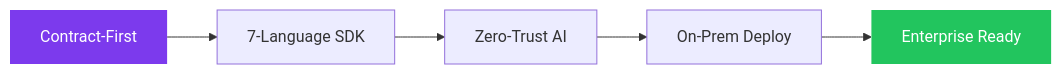
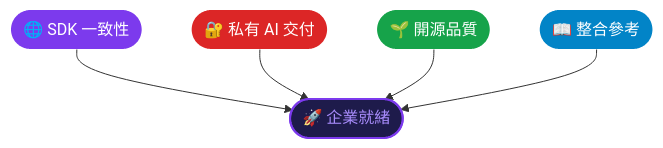
One commit to a6091731/a6091731 changed the third of 3 diagrams in README.md. Above: the diagram before and after it, drawn with Mermaid. The commit also changed other lines of this file, not shown here.

First line of the commit message:
feat: V3 render-optimized README — Gantt roadmap + fixed Mermaid

````diff
--- a/README.md
+++ b/README.md
@@ -159,9 +652,13 @@
 ```mermaid
-graph LR
-    A[Contract-First] --> B[7-Language SDK]
-    B --> C[Zero-Trust AI]
-    C --> D[On-Prem Deploy]
-    D --> E[Enterprise Ready]
+flowchart TD
+    A([🌐 SDK 一致性]) --> E([🚀 企業就緒])
+    B([🔐 私有 AI 交付]) --> E
+    C([🌱 開源品質]) --> E
+    D([📖 整合參考]) --> E
+
     style A fill:#7c3aed,color:#fff,stroke:none
-    style E fill:#22c55e,color:#fff,stroke:none
+    style B fill:#dc2626,color:#fff,stroke:none
+    style C fill:#16a34a,color:#fff,stroke:none
+    style D fill:#0284c7,color:#fff,stroke:none
+    style E fill:#1e1b4b,color:#a78bfa,stroke:#7c3aed,stroke-width:2px
 ```
````
